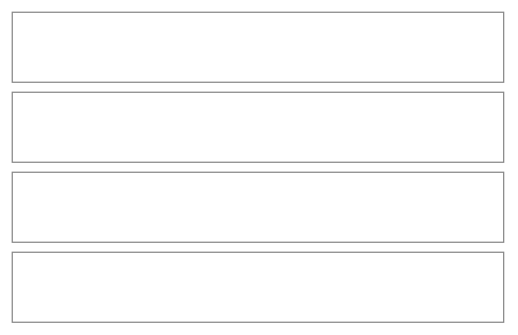
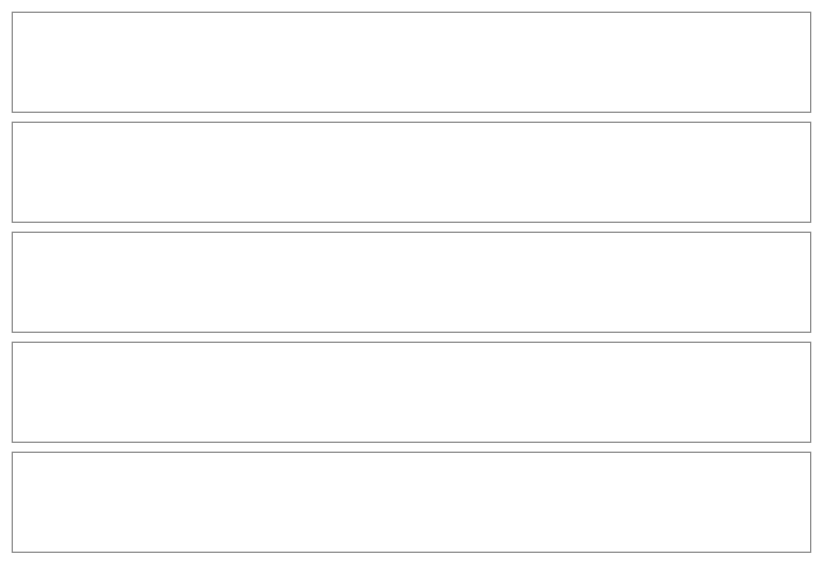
Before and after one commit to NovaMoonX/moondreams-dev-apps: diagram 19 of 57 in src/apps/pinch/UX.md, drawn with Mermaid. The commit also changed other lines of this file and 7 other files, not shown here.

````diff
--- a/src/apps/pinch/UX.md
+++ b/src/apps/pinch/UX.md
@@ -621,13 +621,15 @@
 ```mermaid
 %%{init: {'theme': 'base', 'themeVariables': {'primaryColor': 'transparent', 'primaryBorderColor': '#888888', 'primaryTextColor': '#333333', 'lineColor': '#888888'}}}%%
 block-beta
   columns 1
   W1["‹ From a file"]
-  W2["An AI reads the file and fills in the form. It isn't saved."]
-  W3["📎 A photo, screenshot or PDF, up to 10 MB<br/>Choose a file · or drop it here (hint hidden on a phone)"]
-  W4["Write it yourself instead"]
+  W2["📎 Choose a photo, screenshot or PDF. An AI reads it and fills in the form.<br/>You look it over first. Nothing is saved until you save it.  (tinted card)"]
+  W3["RECIPE FILE<br/>┌ 📎 A photo, screenshot or PDF · Up to 10 MB · or drop it here (hint hidden on a phone)<br/>└ Clear, straight-on photos read best.  (dashed card, hairline, hint)"]
+  W4["✍️ Write it yourself · Start with a blank recipe  (dashed row, as on the list of ways)"]
+  W5["pinned footer: [ Back ] [ Choose a file ]"]
   style W1 fill:transparent,stroke:#888888,stroke-width:1px;
   style W2 fill:transparent,stroke:#888888,stroke-width:1px;
   style W3 fill:transparent,stroke:#888888,stroke-width:1px;
   style W4 fill:transparent,stroke:#888888,stroke-width:1px;
+  style W5 fill:transparent,stroke:#888888,stroke-width:1px;
 ```
````
